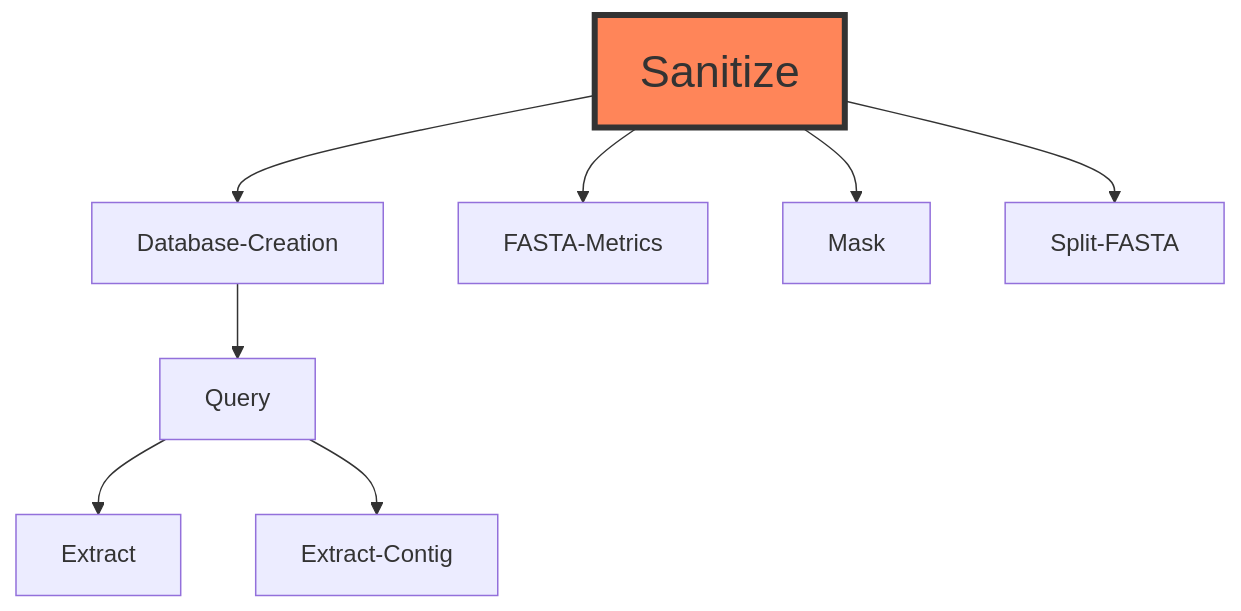
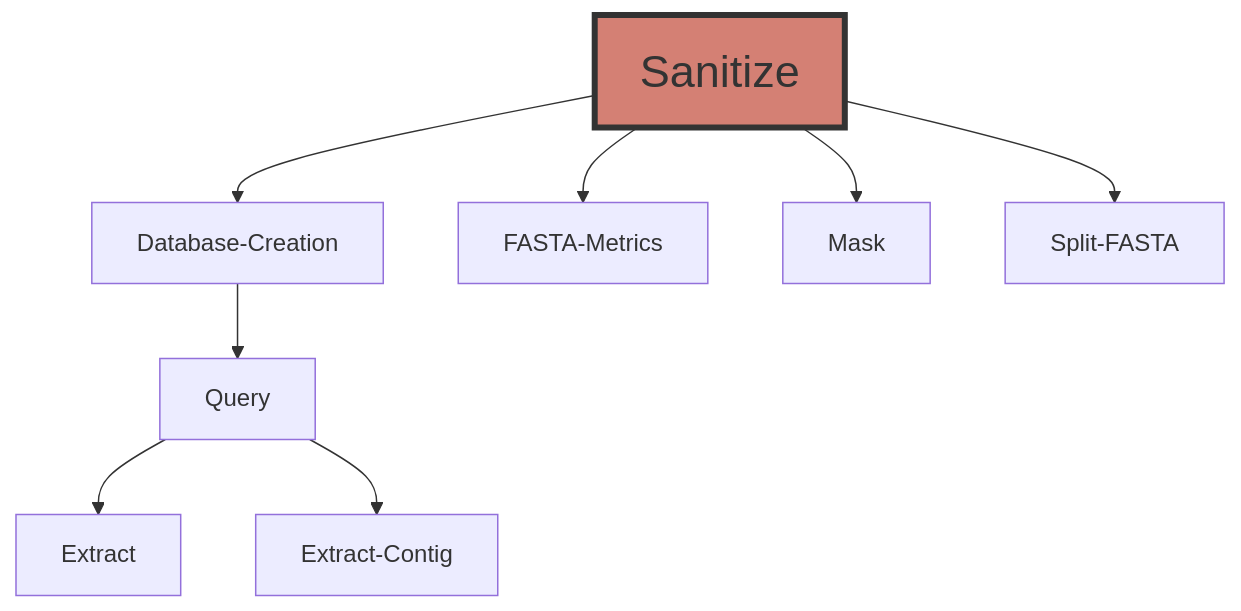
Before and after one commit to ERBringHorvath/SeqForge: the diagram in README.md, drawn with Mermaid.

````diff
--- a/README.md
+++ b/README.md
@@ -79,13 +79,13 @@
 ```mermaid
 graph TD;
     Sanitize-->Database-Creation;
     Database-Creation-->Query;
     Query-->Extract;
     Query-->Extract-Contig;
     Sanitize-->FASTA-Metrics;
     Sanitize-->Mask;
     Sanitize-->Split-FASTA;
 
     %% Custom style for Sanitize node
-    style Sanitize fill:#FF8559,stroke:#333,stroke-width:4,font-size:30px
+    style Sanitize fill:#d48074,stroke:#333,stroke-width:4,font-size:30px
 ```
````
